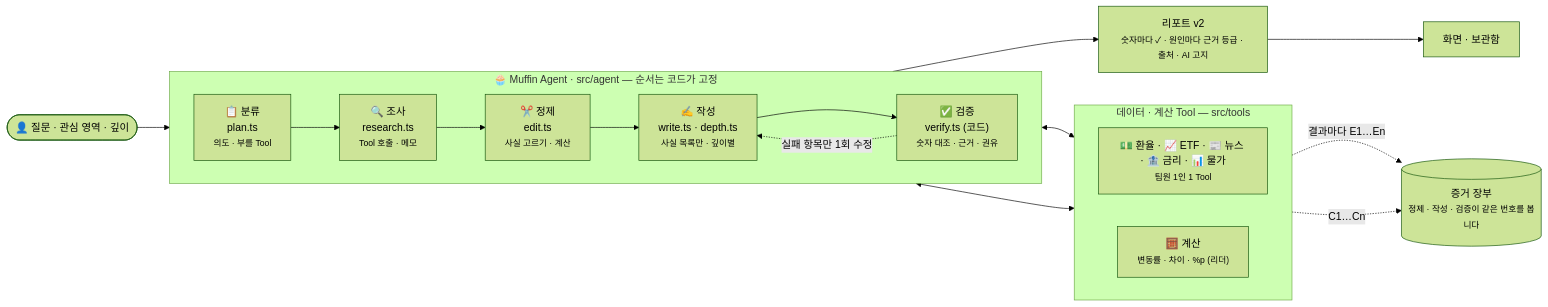
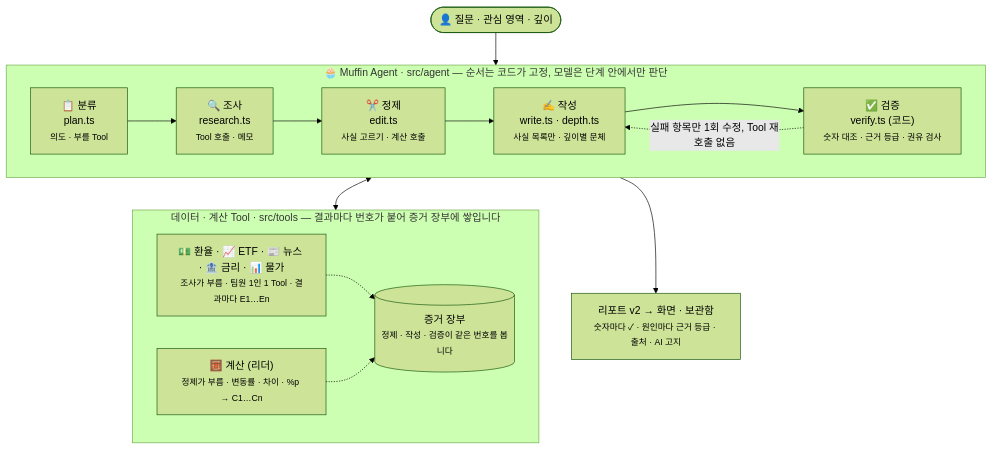
The first of 3 diagrams in README.md (muffin-lab-it/muffin), drawn with Mermaid (forest theme) before and after one commit. The commit also changed other lines of this file, not shown here.

Commit message:
docs: README 구조 그림에서 Tool 을 Agent 아래로, '한 군데가 실패하면' 표 추가

````diff
--- a/README.md
+++ b/README.md
@@ -19,23 +19,20 @@
 ```mermaid
-flowchart LR
-    U(["👤 질문 · 관심 영역 · 깊이"]) --> P
+flowchart TB
+    U(["👤 질문 · 관심 영역 · 깊이"]) --> AGENT
 
-    subgraph AGENT["🧁 Muffin Agent · src/agent — 순서는 코드가 고정"]
+    subgraph AGENT["🧁 Muffin Agent · src/agent — 순서는 코드가 고정, 모델은 단계 안에서만 판단"]
         direction LR
-        P["📋 분류<br/>plan.ts<br/><small>의도 · 부를 Tool</small>"] --> R["🔍 조사<br/>research.ts<br/><small>Tool 호출 · 메모</small>"] --> E["✂️ 정제<br/>edit.ts<br/><small>사실 고르기 · 계산</small>"] --> W["✍️ 작성<br/>write.ts · depth.ts<br/><small>사실 목록만 · 깊이별</small>"] --> V["✅ 검증<br/>verify.ts (코드)<br/><small>숫자 대조 · 근거 · 권유</small>"]
-        V -. "실패 항목만 1회 수정" .-> W
+        P["📋 분류<br/>plan.ts<br/><small>의도 · 부를 Tool</small>"] --> R["🔍 조사<br/>research.ts<br/><small>Tool 호출 · 메모</small>"] --> E["✂️ 정제<br/>edit.ts<br/><small>사실 고르기 · 계산 호출</small>"] --> W["✍️ 작성<br/>write.ts · depth.ts<br/><small>사실 목록만 · 깊이별 문체</small>"] --> V["✅ 검증<br/>verify.ts (코드)<br/><small>숫자 대조 · 근거 등급 · 권유 검사</small>"]
+        V -. "실패 항목만 1회 수정, Tool 재호출 없음" .-> W
     end
 
-    V --> OUT["리포트 v2<br/><small>숫자마다 ✓ · 원인마다 근거 등급 · 출처 · AI 고지</small>"] --> UI["화면 · 보관함"]
+    AGENT <--> DATA
 
-    subgraph DATA["데이터 · 계산 Tool — src/tools"]
+    subgraph DATA["데이터 · 계산 Tool · src/tools — 결과마다 번호가 붙어 증거 장부에 쌓입니다"]
         direction LR
-        T["💵 환율 · 📈 ETF · 📰 뉴스 · 🏦 금리 · 📊 물가<br/><small>팀원 1인 1 Tool</small>"]
-        C["🧮 계산<br/><small>변동률 · 차이 · %p (리더)</small>"]
+        T["💵 환율 · 📈 ETF · 📰 뉴스 · 🏦 금리 · 📊 물가<br/><small>조사가 부름 · 팀원 1인 1 Tool · 결과마다 E1…En</small>"] -.-> L[("증거 장부<br/><small>정제 · 작성 · 검증이 같은 번호를 봅니다</small>")]
+        C["🧮 계산 (리더)<br/><small>정제가 부름 · 변동률 · 차이 · %p → C1…Cn</small>"] -.-> L
     end
 
-    R <--> T
-    E <--> C
-    T -. "결과마다 E1…En" .-> L[("증거 장부<br/><small>정제 · 작성 · 검증이 같은 번호를 봅니다</small>")]
-    C -. "C1…Cn" .-> L
+    AGENT --> OUT["리포트 v2 → 화면 · 보관함<br/><small>숫자마다 ✓ · 원인마다 근거 등급 · 출처 · AI 고지</small>"]
 ```
````
